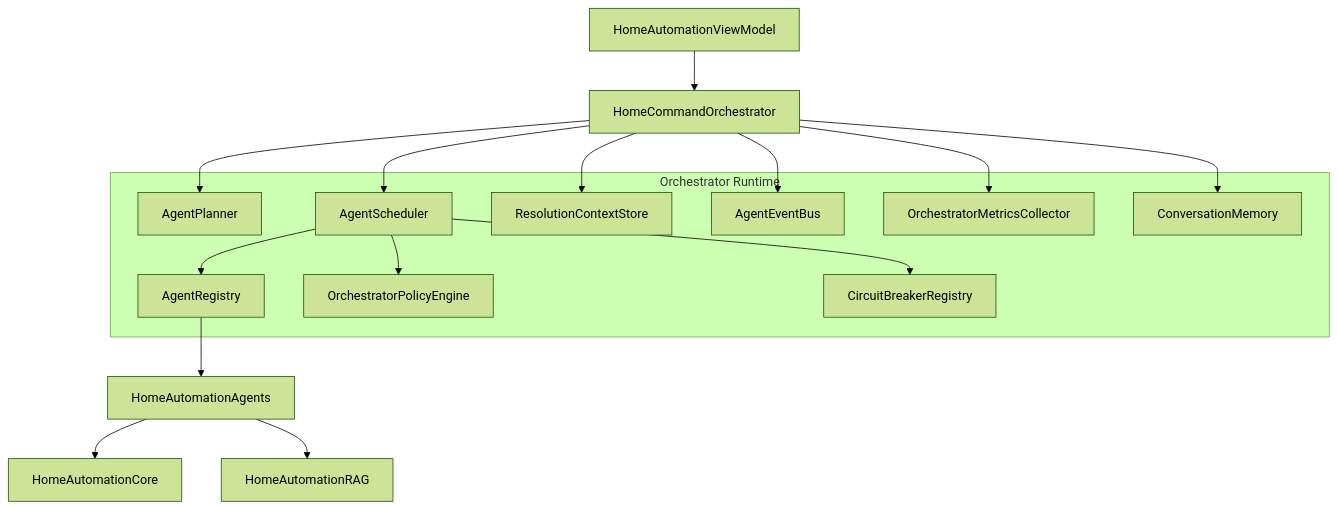
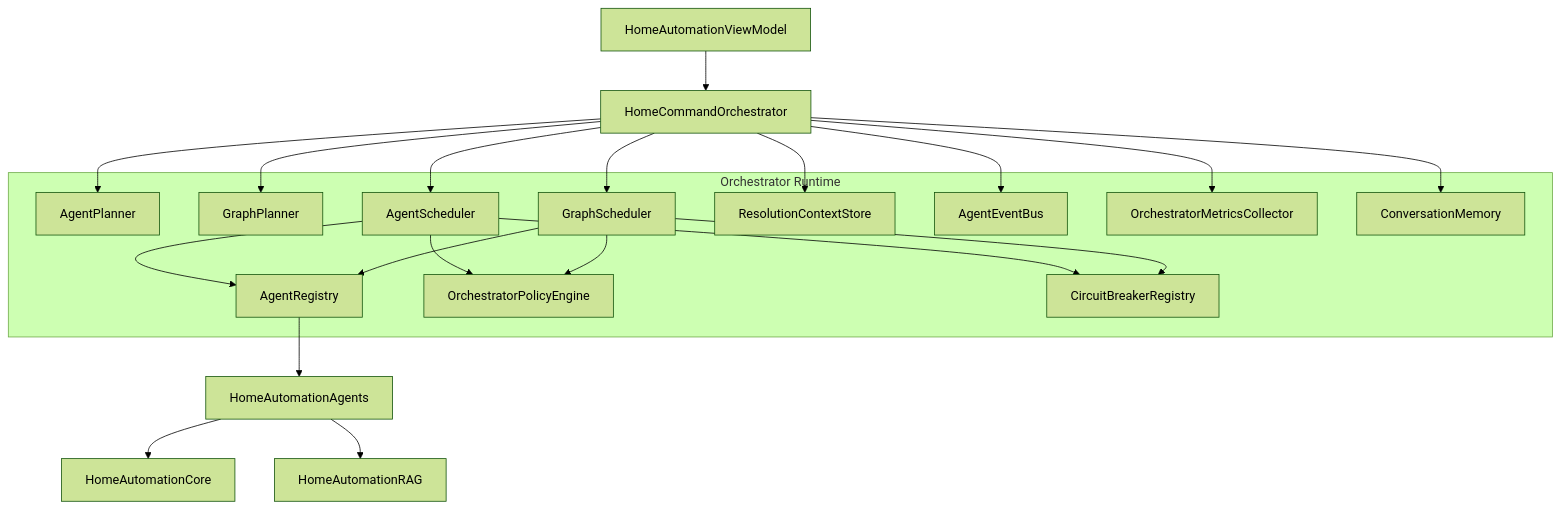
One commit to ksypinro/HomeAutomation changed the first of 4 diagrams in HomeAutomationCore/Sources/HomeAutomationOrchestrator/README.md. Above: the diagram before and after it, drawn with Mermaid (forest theme). The commit also changed other lines of this file and 10 other files, not shown here.

````diff
--- a/HomeAutomationCore/Sources/HomeAutomationOrchestrator/README.md
+++ b/HomeAutomationCore/Sources/HomeAutomationOrchestrator/README.md
@@ -9,35 +9,42 @@
 ```mermaid
 flowchart TB
     UI["HomeAutomationViewModel"]
     Orchestrator["HomeCommandOrchestrator"]
 
     subgraph Runtime["Orchestrator Runtime"]
         Planner["AgentPlanner"]
+        GraphPlanner["GraphPlanner"]
         Scheduler["AgentScheduler"]
+        GraphScheduler["GraphScheduler"]
         Registry["AgentRegistry"]
         Context["ResolutionContextStore"]
         Events["AgentEventBus"]
         Policy["OrchestratorPolicyEngine"]
         Metrics["OrchestratorMetricsCollector"]
         Breakers["CircuitBreakerRegistry"]
         Memory["ConversationMemory"]
     end
 
     Agents["HomeAutomationAgents"]
     Core["HomeAutomationCore"]
     RAG["HomeAutomationRAG"]
 
     UI --> Orchestrator
     Orchestrator --> Planner
+    Orchestrator --> GraphPlanner
     Orchestrator --> Scheduler
+    Orchestrator --> GraphScheduler
     Orchestrator --> Context
     Orchestrator --> Events
     Orchestrator --> Metrics
     Orchestrator --> Memory
     Scheduler --> Registry
     Scheduler --> Policy
     Scheduler --> Breakers
+    GraphScheduler --> Registry
+    GraphScheduler --> Policy
+    GraphScheduler --> Breakers
     Registry --> Agents
     Agents --> Core
     Agents --> RAG
 ```
````
